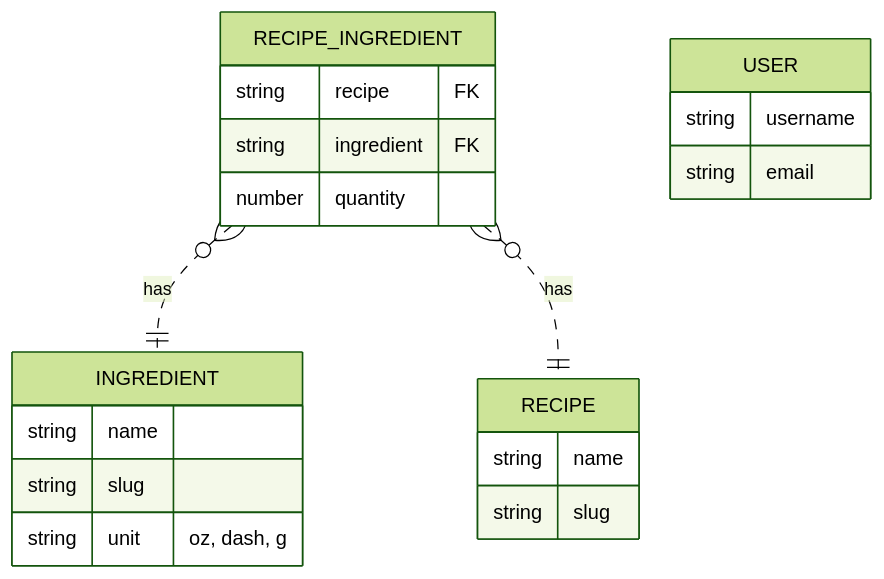
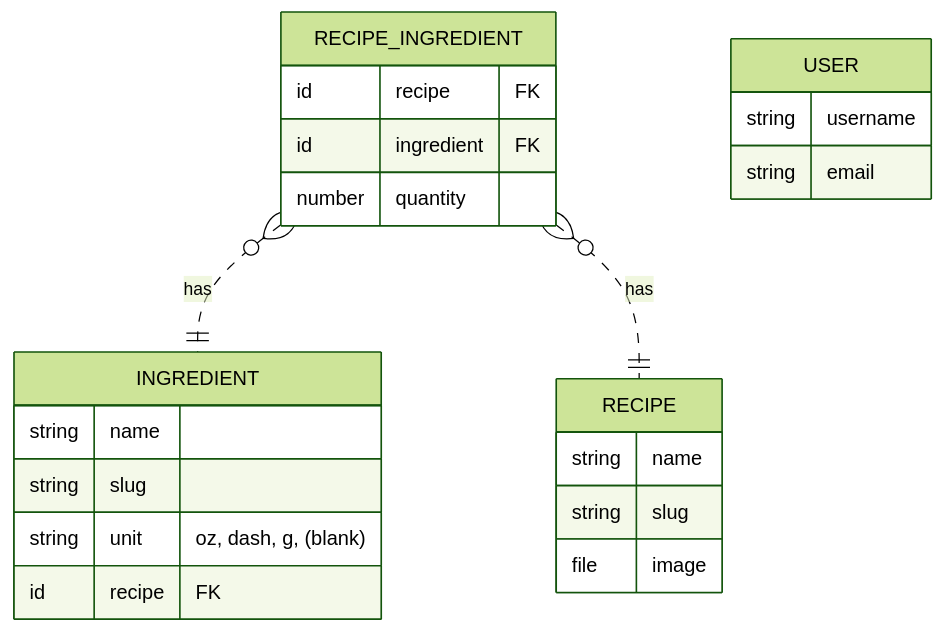
The diagram in README.md (kylehorton33/mise-v2024-01-03), drawn with Mermaid (forest theme) before and after one commit. The commit also changed other lines of this file, not shown here.

Commit message:
docs: update ER diagram

````diff
--- a/README.md
+++ b/README.md
@@ -12,24 +12,26 @@
 ```mermaid
 erDiagram
           INGREDIENT {
             string name
             string slug
-            string unit "oz, dash, g"
+            string unit "oz, dash, g, (blank)"
+            id recipe "FK"
           }
           RECIPE {
             string name
             string slug
+            file image
           }
           RECIPE_INGREDIENT {
-            string recipe FK
-            string ingredient FK
+            id recipe FK
+            id ingredient FK
             number quantity
           }
           RECIPE_INGREDIENT }o..|| INGREDIENT : has
           RECIPE_INGREDIENT }o..|| RECIPE : has
           USER {
             string username
             string email
           }
             
 ```
````
